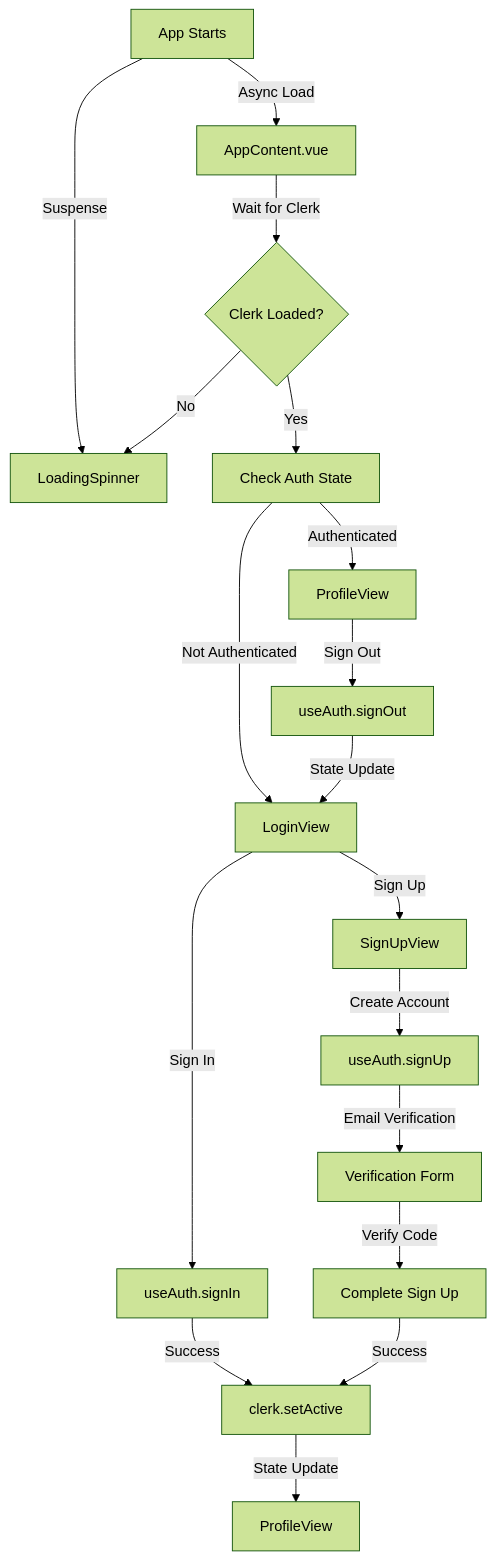
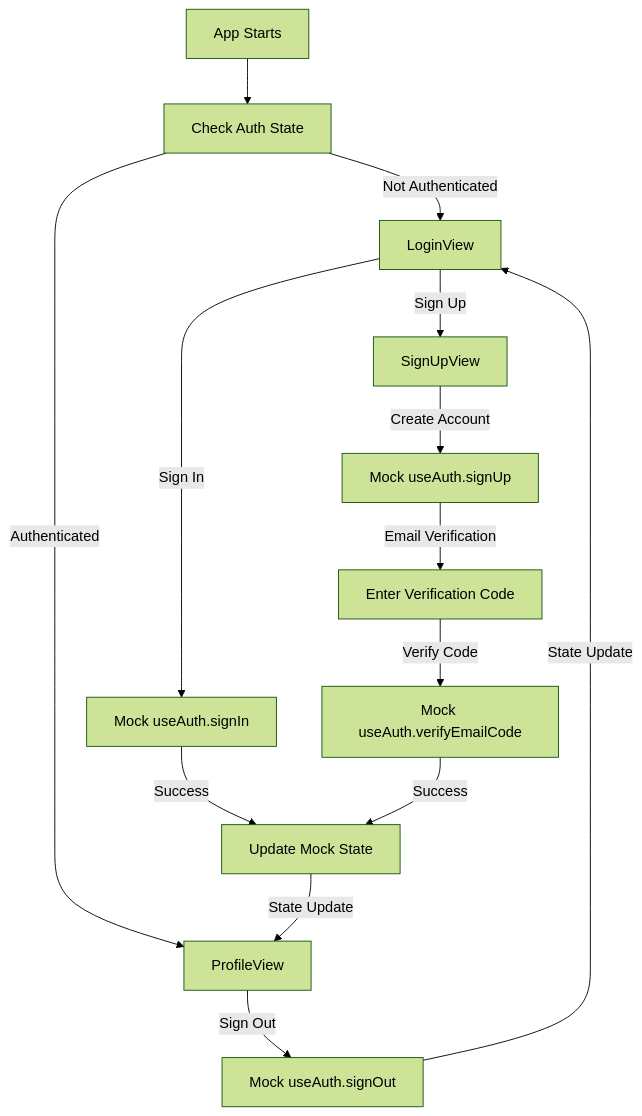
Before and after one commit to aaronksaunders/ionic-vue-clerk-tutorial-start: the diagram in README.md, drawn with Mermaid (forest theme). The commit also changed other lines of this file, not shown here.

Commit message:
feat: update README to reflect mock authentication tutorial app structure and features

````diff
--- a/README.md
+++ b/README.md
@@ -155,23 +81,19 @@
 ```mermaid
 graph TD
-    A[App Starts] -->|Suspense| B[LoadingSpinner]
-    A -->|Async Load| C[AppContent.vue]
-    C -->|Wait for Clerk| D{Clerk Loaded?}
-    D -->|No| B
-    D -->|Yes| E[Check Auth State]
-    E -->|Not Authenticated| F[LoginView]
-    E -->|Authenticated| G[ProfileView]
+    A[App Starts] --> B[Check Auth State]
+    B -->|Not Authenticated| C[LoginView]
+    B -->|Authenticated| D[ProfileView]
     
-    F -->|Sign In| H[useAuth.signIn]
-    F -->|Sign Up| I[SignUpView]
-    I -->|Create Account| J[useAuth.signUp]
-    J -->|Email Verification| K[Verification Form]
-    K -->|Verify Code| L[Complete Sign Up]
+    C -->|Sign In| E[Mock useAuth.signIn]
+    C -->|Sign Up| F[SignUpView]
+    F -->|Create Account| G[Mock useAuth.signUp]
+    G -->|Email Verification| H[Enter Verification Code]
+    H -->|Verify Code| I[Mock useAuth.verifyEmailCode]
     
-    H -->|Success| M[clerk.setActive]
-    L -->|Success| M
-    M -->|State Update| N[ProfileView]
+    E -->|Success| J[Update Mock State]
+    I -->|Success| J
+    J -->|State Update| D
     
-    G -->|Sign Out| O[useAuth.signOut]
-    O -->|State Update| F
+    D -->|Sign Out| K[Mock useAuth.signOut]
+    K -->|State Update| C
 ```
````
